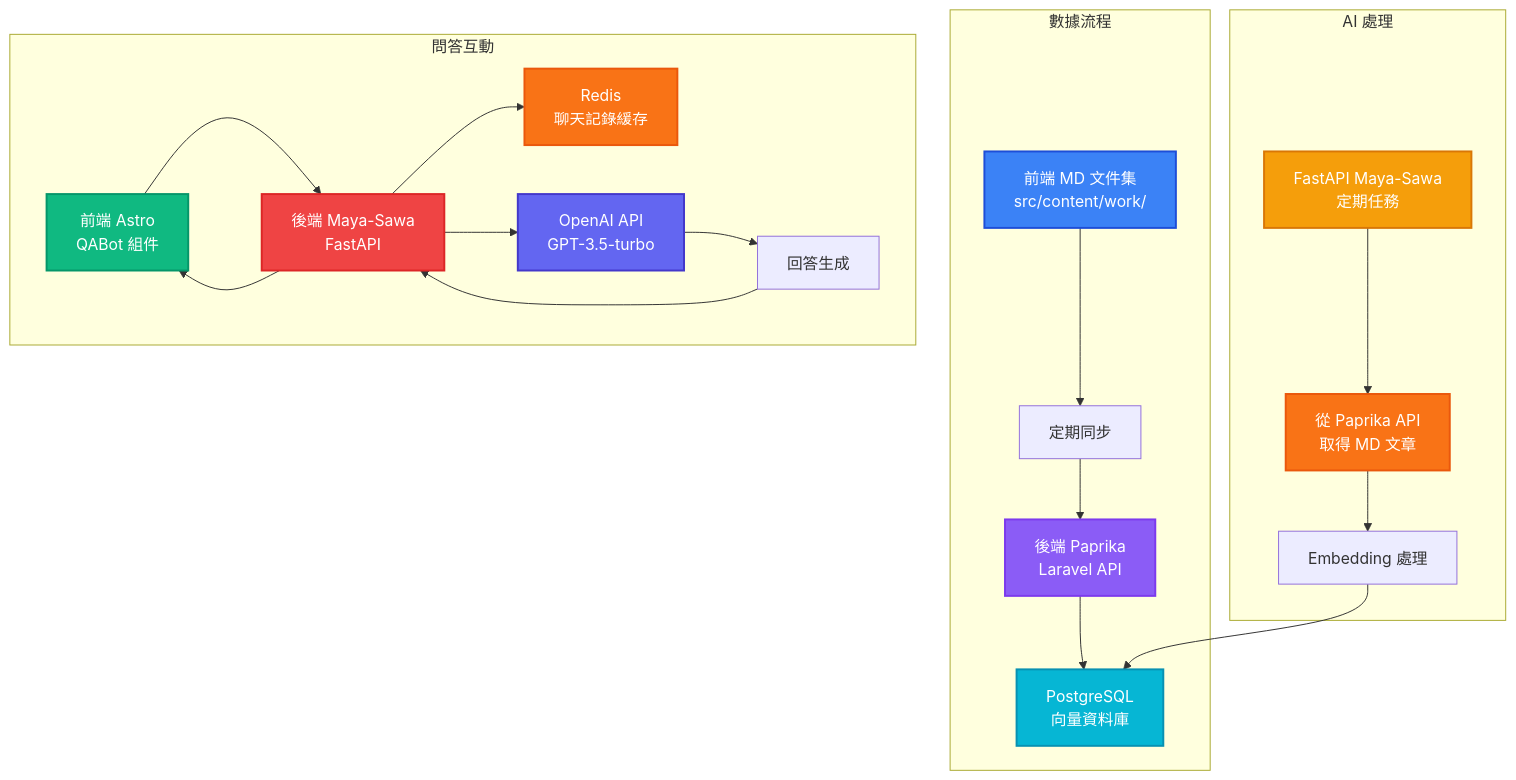
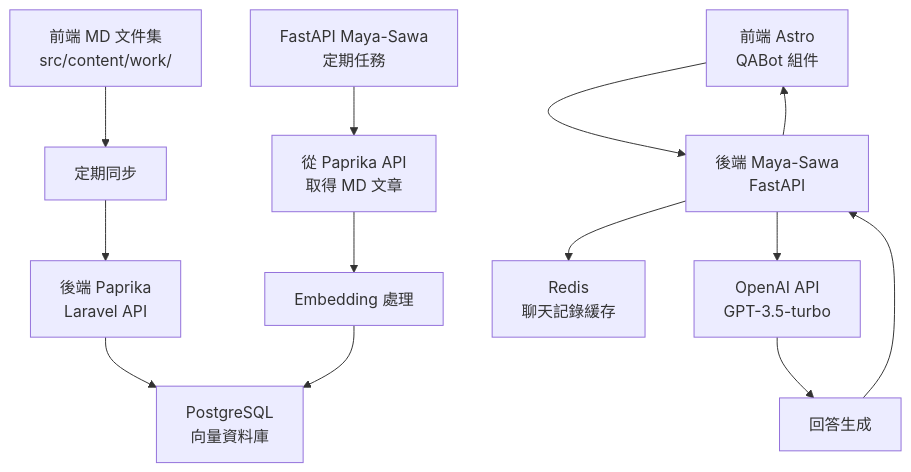
Before and after one commit to Vinskao/ty-multiverse: the fourth of 5 diagrams in README.md, drawn with Mermaid. The commit also changed other lines of this file and 1 other file, not shown here.

````diff
--- a/README.md
+++ b/README.md
@@ -745,50 +117,17 @@
 ```mermaid
 graph TD
     A[前端 MD 文件集<br/>src/content/work/] --> B[定期同步]
     B --> C[後端 Paprika<br/>Laravel API]
     C --> D[PostgreSQL<br/>向量資料庫]
     
     E[FastAPI Maya-Sawa<br/>定期任務] --> F[從 Paprika API<br/>取得 MD 文章]
     F --> G[Embedding 處理]
     G --> D
     
     H[前端 Astro<br/>QABot 組件] --> I[後端 Maya-Sawa<br/>FastAPI]
     I --> J[Redis<br/>聊天記錄緩存]
     I --> K[OpenAI API<br/>GPT-3.5-turbo]
-    
     K --> L[回答生成]
     L --> I
     I --> H
-    
-    subgraph "數據流程"
-        A
-        B
-        C
-        D
-    end
-    
-    subgraph "AI 處理"
-        E
-        F
-        G
-    end
-    
-    subgraph "問答互動"
-        H
-        I
-        J
-        K
-        L
-    end
-    
-    %% 顏色主題
-    style A fill:#3b82f6,stroke:#1d4ed8,stroke-width:2px,color:#ffffff
-    style C fill:#8b5cf6,stroke:#7c3aed,stroke-width:2px,color:#ffffff
-    style D fill:#06b6d4,stroke:#0891b2,stroke-width:2px,color:#ffffff
-    style E fill:#f59e0b,stroke:#d97706,stroke-width:2px,color:#ffffff
-    style F fill:#f97316,stroke:#ea580c,stroke-width:2px,color:#ffffff
-    style H fill:#10b981,stroke:#059669,stroke-width:2px,color:#ffffff
-    style I fill:#ef4444,stroke:#dc2626,stroke-width:2px,color:#ffffff
-    style J fill:#f97316,stroke:#ea580c,stroke-width:2px,color:#ffffff
-    style K fill:#6366f1,stroke:#4338ca,stroke-width:2px,color:#ffffff
 ```
````
